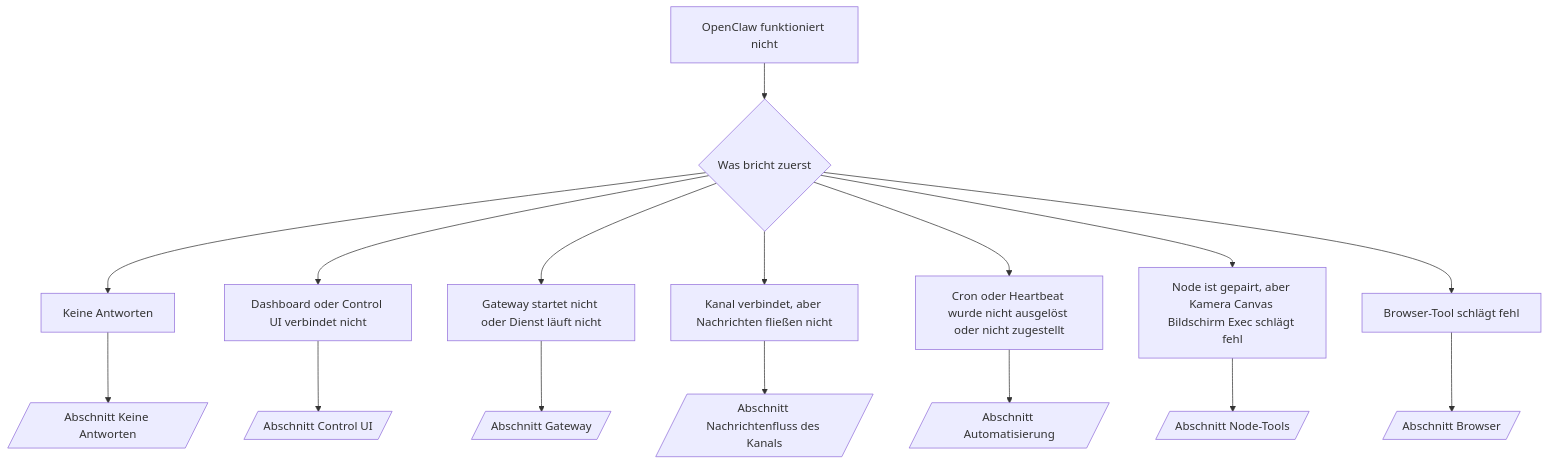
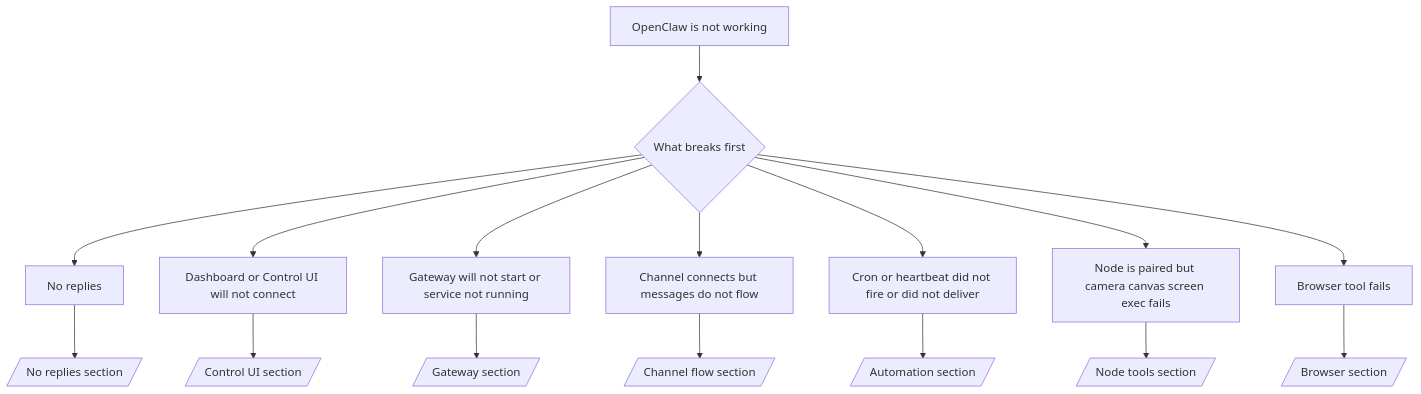
The diagram in docs/de/help/troubleshooting.md (daichangya/openclaw-docs), drawn with Mermaid before and after one commit. The commit also changed other lines of this file and 440 other files, not shown here.

````diff
--- a/docs/de/help/troubleshooting.md
+++ b/docs/de/help/troubleshooting.md
@@ -92,19 +92,19 @@
 ```mermaid
 flowchart TD
-  A[OpenClaw funktioniert nicht] --> B{Was bricht zuerst}
-  B --> C[Keine Antworten]
-  B --> D[Dashboard oder Control UI verbindet nicht]
-  B --> E[Gateway startet nicht oder Dienst läuft nicht]
-  B --> F[Kanal verbindet, aber Nachrichten fließen nicht]
-  B --> G[Cron oder Heartbeat wurde nicht ausgelöst oder nicht zugestellt]
-  B --> H[Node ist gepairt, aber Kamera Canvas Bildschirm Exec schlägt fehl]
-  B --> I[Browser-Tool schlägt fehl]
+  A[OpenClaw is not working] --> B{What breaks first}
+  B --> C[No replies]
+  B --> D[Dashboard or Control UI will not connect]
+  B --> E[Gateway will not start or service not running]
+  B --> F[Channel connects but messages do not flow]
+  B --> G[Cron or heartbeat did not fire or did not deliver]
+  B --> H[Node is paired but camera canvas screen exec fails]
+  B --> I[Browser tool fails]
 
-  C --> C1[/Abschnitt Keine Antworten/]
-  D --> D1[/Abschnitt Control UI/]
-  E --> E1[/Abschnitt Gateway/]
-  F --> F1[/Abschnitt Nachrichtenfluss des Kanals/]
-  G --> G1[/Abschnitt Automatisierung/]
-  H --> H1[/Abschnitt Node-Tools/]
-  I --> I1[/Abschnitt Browser/]
+  C --> C1[/No replies section/]
+  D --> D1[/Control UI section/]
+  E --> E1[/Gateway section/]
+  F --> F1[/Channel flow section/]
+  G --> G1[/Automation section/]
+  H --> H1[/Node tools section/]
+  I --> I1[/Browser section/]
 ```
````
